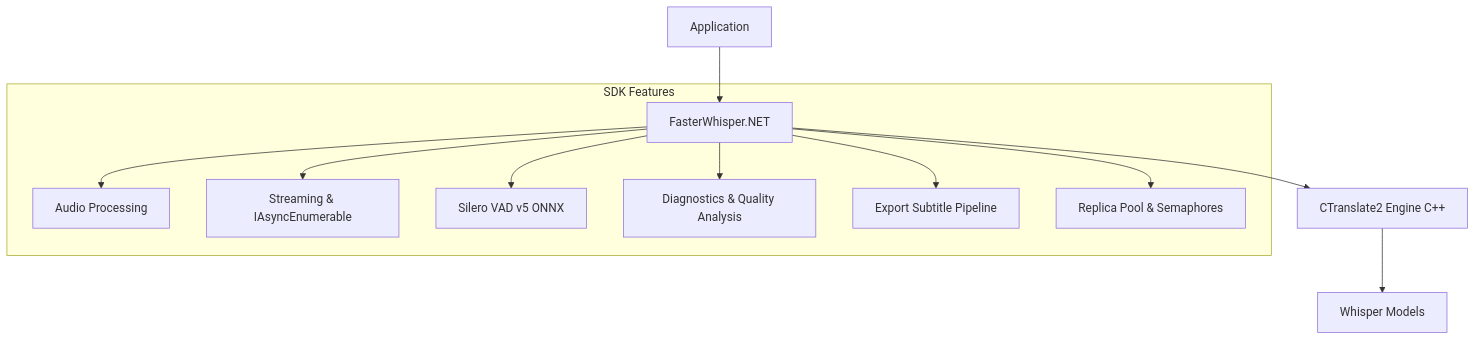
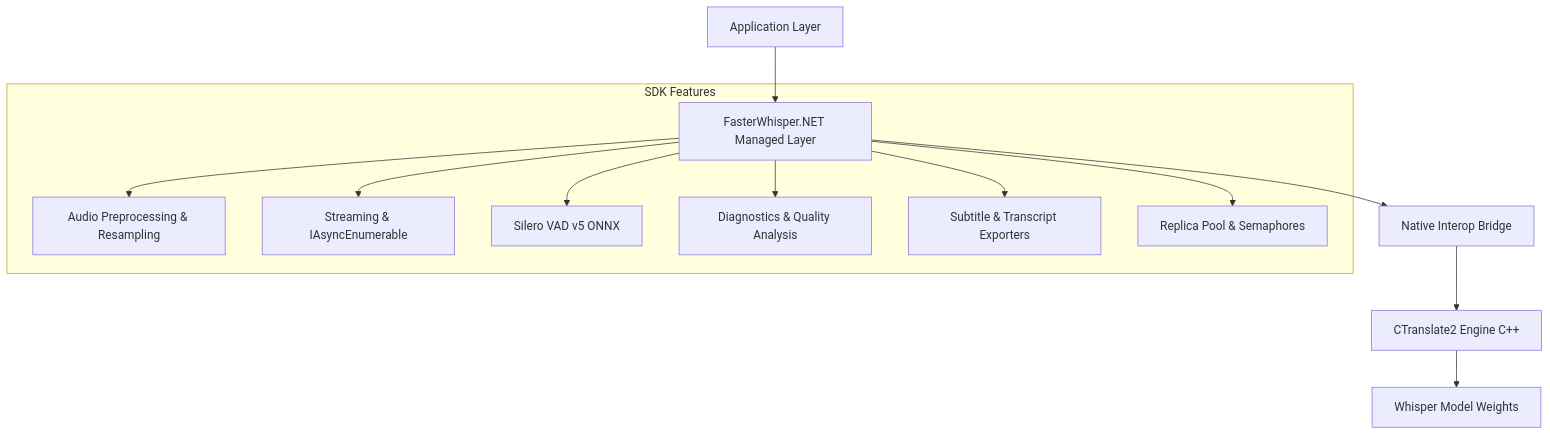
Before and after one commit to qourex/FasterWhisper.NET: the diagram in README.md, drawn with Mermaid. The commit also changed other lines of this file and 19 other files, not shown here.

````diff
--- a/README.md
+++ b/README.md
@@ -90,14 +86,15 @@
 ```mermaid
 graph TD
-    App[Application] --> SDK[FasterWhisper.NET]
+    App[Application Layer] --> SDK[FasterWhisper.NET Managed Layer]
     subgraph SDK Features
-        SDK --> Audio[Audio Processing]
+        SDK --> Audio[Audio Preprocessing & Resampling]
         SDK --> Stream[Streaming & IAsyncEnumerable]
         SDK --> VAD[Silero VAD v5 ONNX]
         SDK --> Diag[Diagnostics & Quality Analysis]
-        SDK --> Export[Export Subtitle Pipeline]
+        SDK --> Export[Subtitle & Transcript Exporters]
         SDK --> Pool[Replica Pool & Semaphores]
     end
-    SDK --> CT2[CTranslate2 Engine C++]
-    CT2 --> Models[Whisper Models]
+    SDK --> Native[Native Interop Bridge]
+    Native --> CT2[CTranslate2 Engine C++]
+    CT2 --> Models[Whisper Model Weights]
 ```
````
